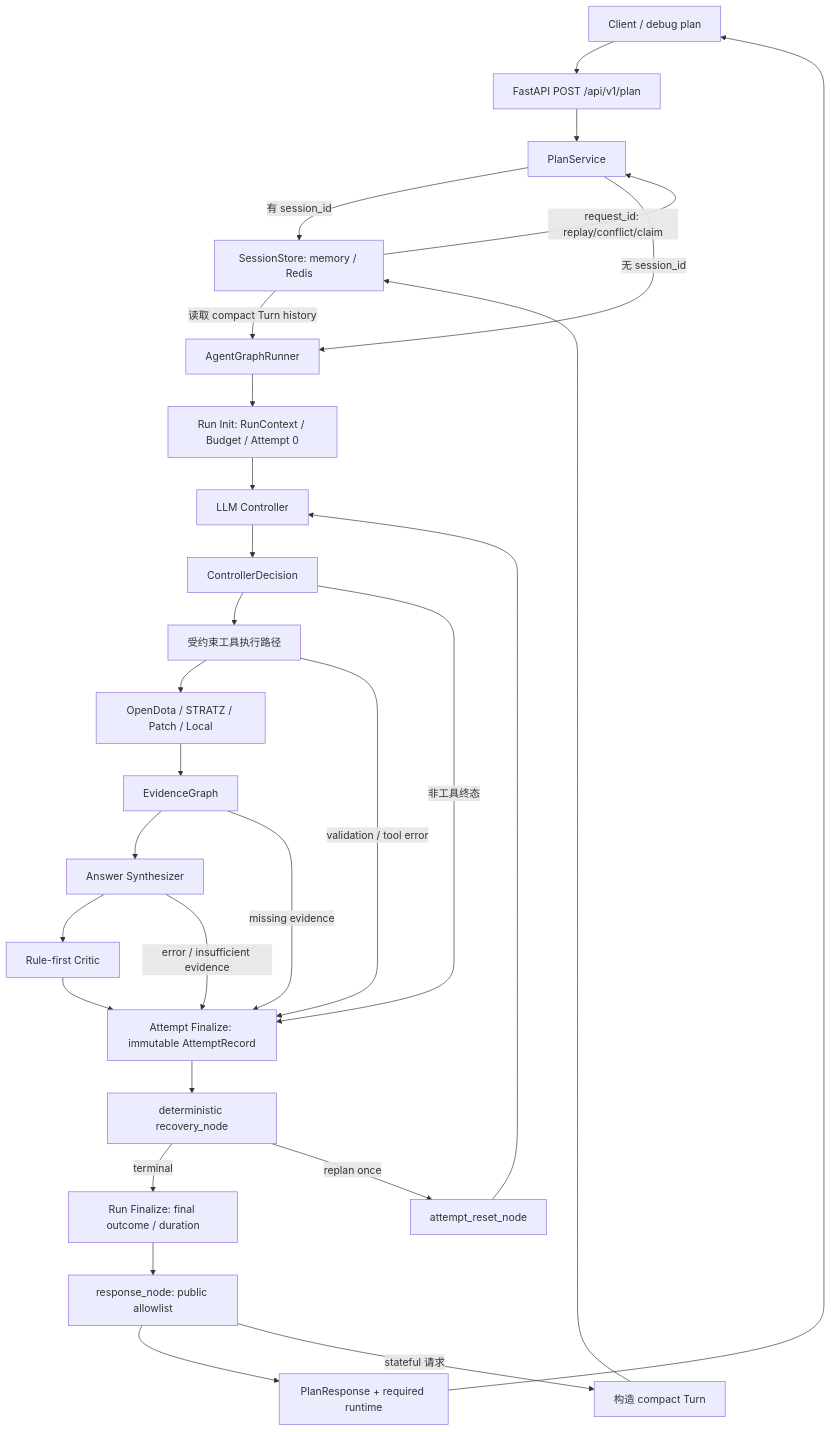
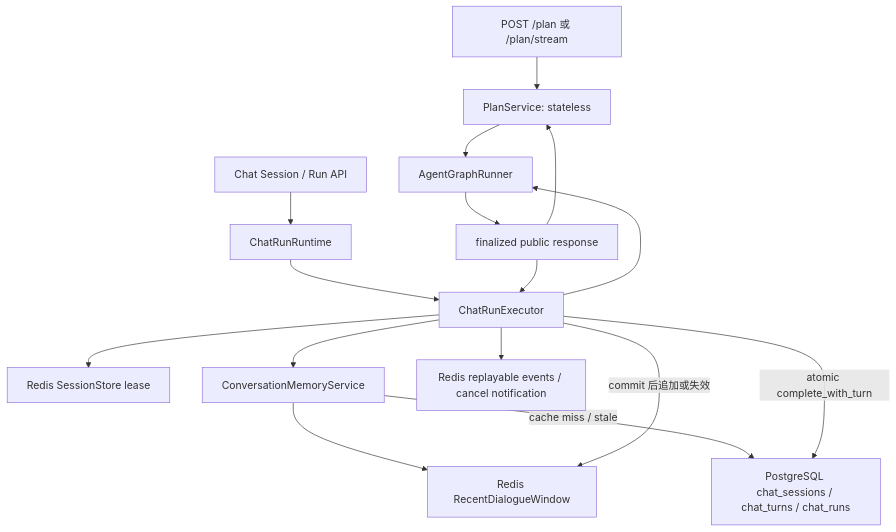
One commit to Philip23333/DotaMind changed the first of 2 diagrams in docs/design/architecture/整体架构.md. Above: the diagram before and after it, drawn with Mermaid. The commit also changed other lines of this file and 25 other files, not shown here.

````diff
--- a/docs/design/architecture/整体架构.md
+++ b/docs/design/architecture/整体架构.md
@@ -16,36 +16,20 @@
 ```mermaid
 flowchart TD
-    Client["Client / debug plan"] --> API["FastAPI POST /api/v1/plan"]
-    API --> Service["PlanService"]
+    Debug["POST /plan 或 /plan/stream"] --> PlanService["PlanService: stateless"]
+    Chat["Chat Session / Run API"] --> Runtime["ChatRunRuntime"]
+    Runtime --> Executor["ChatRunExecutor"]
+    Executor --> Lease["Redis SessionStore lease"]
+    Executor --> Memory["ConversationMemoryService"]
+    Memory --> Cache["Redis RecentDialogueWindow"]
+    Memory -->|"cache miss / stale"| PG["PostgreSQL chat_sessions / chat_turns / chat_runs"]
 
-    Service -->|"有 session_id"| Store["SessionStore: memory / Redis"]
-    Store -->|"request_id: replay/conflict/claim"| Service
-    Store -->|"读取 compact Turn history"| Graph["AgentGraphRunner"]
-    Service -->|"无 session_id"| Graph
+    PlanService --> Graph["AgentGraphRunner"]
+    Executor --> Graph
+    Graph --> Final["finalized public response"]
 
-    Graph --> RunInit["Run Init: RunContext / Budget / Attempt 0"]
-    RunInit --> Controller["LLM Controller"]
-    Controller --> Decision["ControllerDecision"]
-    Decision --> ToolPath["受约束工具执行路径"]
-    ToolPath --> Integrations["OpenDota / STRATZ / Patch / Local"]
-    Integrations --> Evidence["EvidenceGraph"]
-    Evidence --> Answer["Answer Synthesizer"]
-    Answer --> Critic["Rule-first Critic"]
-    Critic --> AttemptFinalize["Attempt Finalize: immutable AttemptRecord"]
-
-    Decision -->|"非工具终态"| AttemptFinalize
-    ToolPath -->|"validation / tool error"| AttemptFinalize
-    Evidence -->|"missing evidence"| AttemptFinalize
-    Answer -->|"error / insufficient evidence"| AttemptFinalize
-
-    AttemptFinalize --> Recovery["deterministic recovery_node"]
-    Recovery -->|"terminal"| RunFinalize["Run Finalize: final outcome / duration"]
-    Recovery -->|"replan once"| Reset["attempt_reset_node"]
-    Reset --> Controller
-    RunFinalize --> Response["response_node: public allowlist"]
-    Response --> Mapper["PlanResponse + required runtime"]
-    Mapper --> Client
-
-    Response -->|"stateful 请求"| Summary["构造 compact Turn"]
-    Summary --> Store
+    Final --> PlanService
+    Final --> Executor
+    Executor -->|"atomic complete_with_turn"| PG
+    Executor -->|"commit 后追加或失效"| Cache
+    Executor --> Events["Redis replayable events / cancel notification"]
 ```
````
